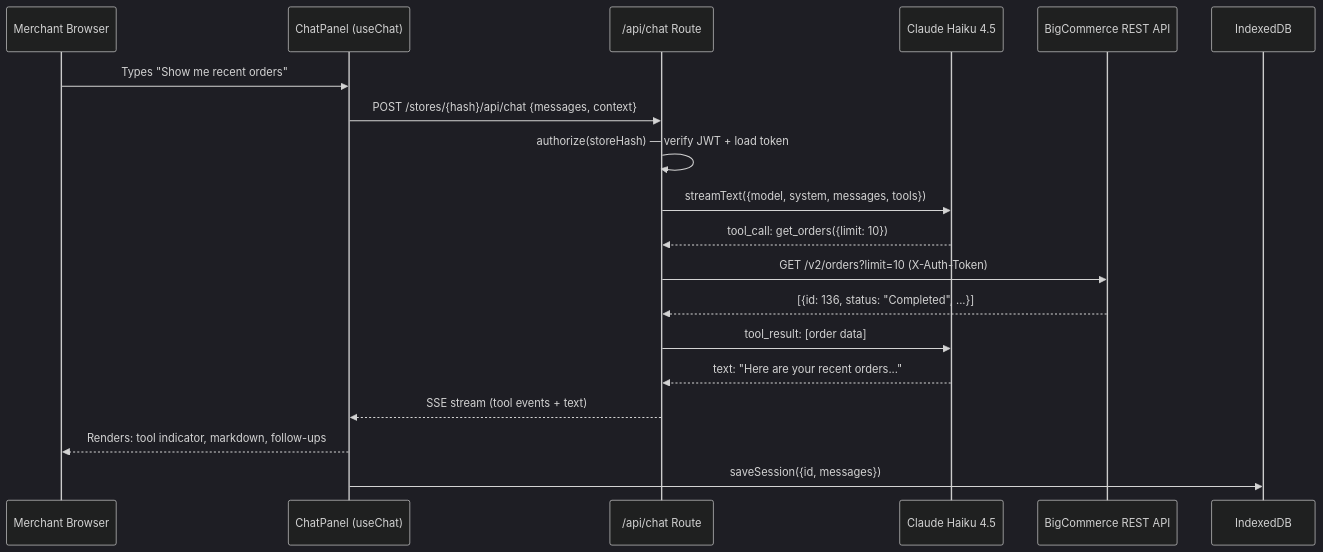
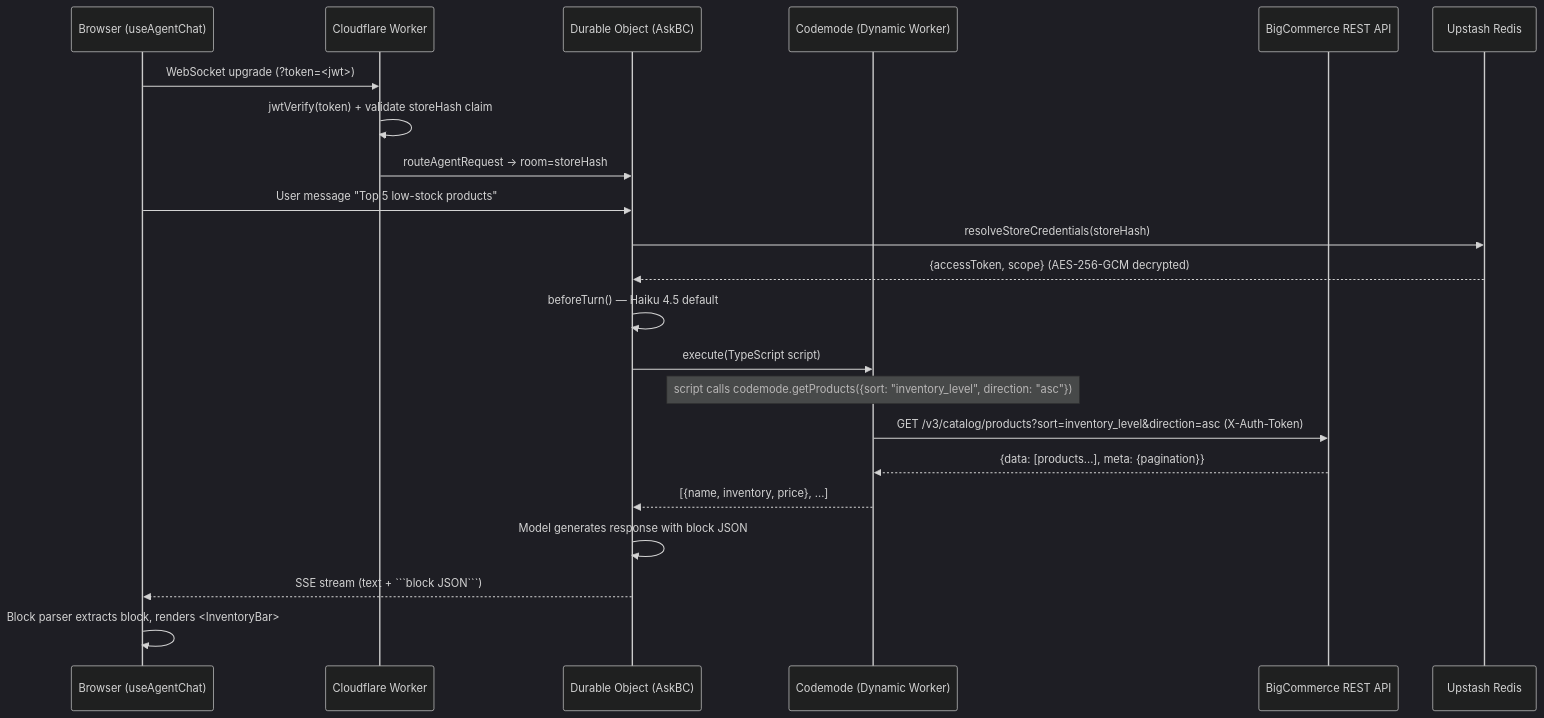
Before and after one commit to nino-chavez/ask-bc: the second of 4 diagrams in docs/architecture/README.md, drawn with Mermaid (dark theme). The commit also changed other lines of this file and 11 other files, not shown here.

First line of the commit message:
Full documentation generation for hybrid architecture

````diff
--- a/docs/architecture/README.md
+++ b/docs/architecture/README.md
@@ -112,22 +69,25 @@
 ```mermaid
 sequenceDiagram
-    participant U as Merchant Browser
-    participant CP as ChatPanel (useChat)
-    participant API as /api/chat Route
-    participant AI as Claude Haiku 4.5
+    participant B as Browser (useAgentChat)
+    participant W as Cloudflare Worker
+    participant DO as Durable Object (AskBC)
+    participant CM as Codemode (Dynamic Worker)
     participant BC as BigCommerce REST API
-    participant IDB as IndexedDB
+    participant R as Upstash Redis
 
-    U->>CP: Types "Show me recent orders"
-    CP->>API: POST /stores/{hash}/api/chat {messages, context}
-    API->>API: authorize(storeHash) — verify JWT + load token
-    API->>AI: streamText({model, system, messages, tools})
-    AI-->>API: tool_call: get_orders({limit: 10})
-    API->>BC: GET /v2/orders?limit=10 (X-Auth-Token)
-    BC-->>API: [{id: 136, status: "Completed", ...}]
-    API->>AI: tool_result: [order data]
-    AI-->>API: text: "Here are your recent orders..."
-    API-->>CP: SSE stream (tool events + text)
-    CP-->>U: Renders: tool indicator, markdown, follow-ups
-    CP->>IDB: saveSession({id, messages})
+    B->>W: WebSocket upgrade (?token=<jwt>)
+    W->>W: jwtVerify(token) + validate storeHash claim
+    W->>DO: routeAgentRequest → room=storeHash
+    B->>DO: User message "Top 5 low-stock products"
+    DO->>R: resolveStoreCredentials(storeHash)
+    R-->>DO: {accessToken, scope} (AES-256-GCM decrypted)
+    DO->>DO: beforeTurn() — Haiku 4.5 default
+    DO->>CM: execute(TypeScript script)
+    Note over CM: script calls codemode.getProducts({sort: "inventory_level", direction: "asc"})
+    CM->>BC: GET /v3/catalog/products?sort=inventory_level&direction=asc (X-Auth-Token)
+    BC-->>CM: {data: [products...], meta: {pagination}}
+    CM-->>DO: [{name, inventory, price}, ...]
+    DO->>DO: Model generates response with block JSON
+    DO-->>B: SSE stream (text + ```block JSON```)
+    B->>B: Block parser extracts block, renders <InventoryBar>
 ```
````
